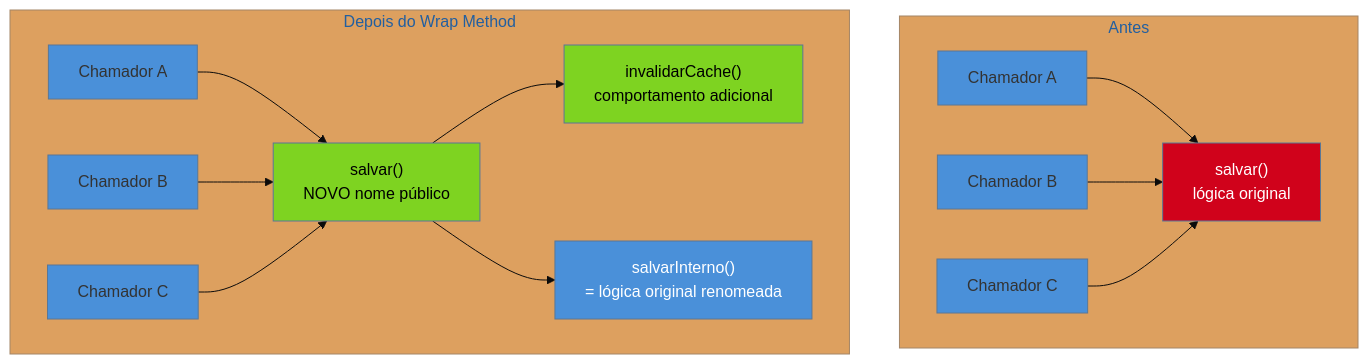
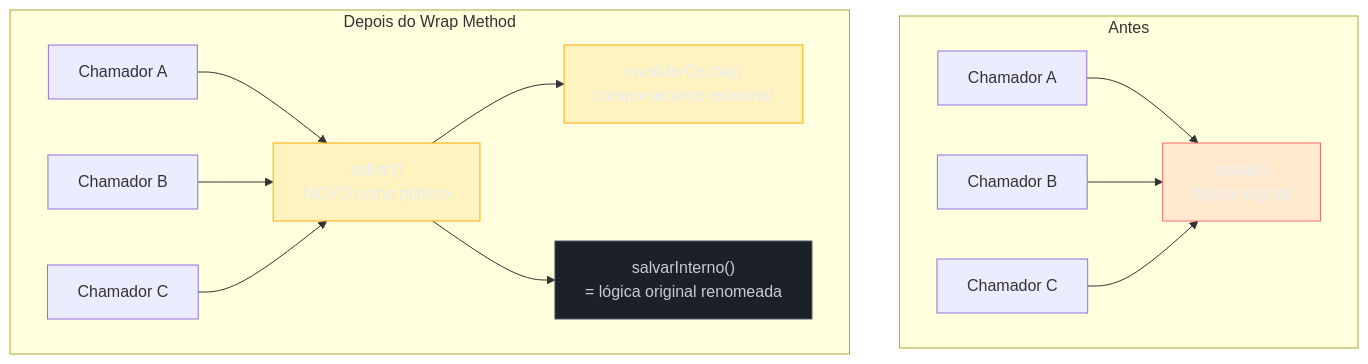
The second of 3 diagrams in 03-Dominios/Engenharia/Arqueologia e Restauração de Software/13 - Técnicas cirúrgicas.md (josenaldo/codex-technomanticus), drawn with Mermaid before and after one commit. The commit also changed other lines of this file and 1181 other files, not shown here.

First line of the commit message:
fix(diagramas): paleta do sistema no lugar de cor cravada no markdown

````diff
--- a/03-Dominios/Engenharia/Arqueologia e Restauração de Software/13 - Técnicas cirúrgicas.md
+++ b/03-Dominios/Engenharia/Arqueologia e Restauração de Software/13 - Técnicas cirúrgicas.md
@@ -125,20 +126,22 @@
 ```mermaid
-%%{init: {"theme": "base", "themeVariables": {"primaryColor": "#4A90D9"}}}%%
 graph TD
+    classDef falha fill:#FF6B6B24,stroke:#FF6B6B,color:#E9ECF2
+    classDef destaque fill:#FFAA0024,stroke:#FFAA00,color:#E9ECF2
+    classDef neutro fill:#1B2029,stroke:#4E5666,color:#C6CCD8
     subgraph ANTES["Antes"]
         C1["Chamador A"] --> S1["salvar()<br/>lógica original"]
         C2["Chamador B"] --> S1
         C3["Chamador C"] --> S1
     end
     subgraph DEPOIS["Depois do Wrap Method"]
         D1["Chamador A"] --> W["salvar()<br/>NOVO nome público"]
         D2["Chamador B"] --> W
         D3["Chamador C"] --> W
         W --> AD["invalidarCache()<br/>comportamento adicional"]
         W --> SI["salvarInterno()<br/>= lógica original renomeada"]
     end
-    style S1 fill:#D0021B,color:#fff
-    style W fill:#7ED321,color:#000
-    style AD fill:#7ED321,color:#000
-    style SI fill:#4A90D9,color:#fff
+    class S1 falha
+    class W destaque
+    class AD destaque
+    class SI neutro
 ```
````
